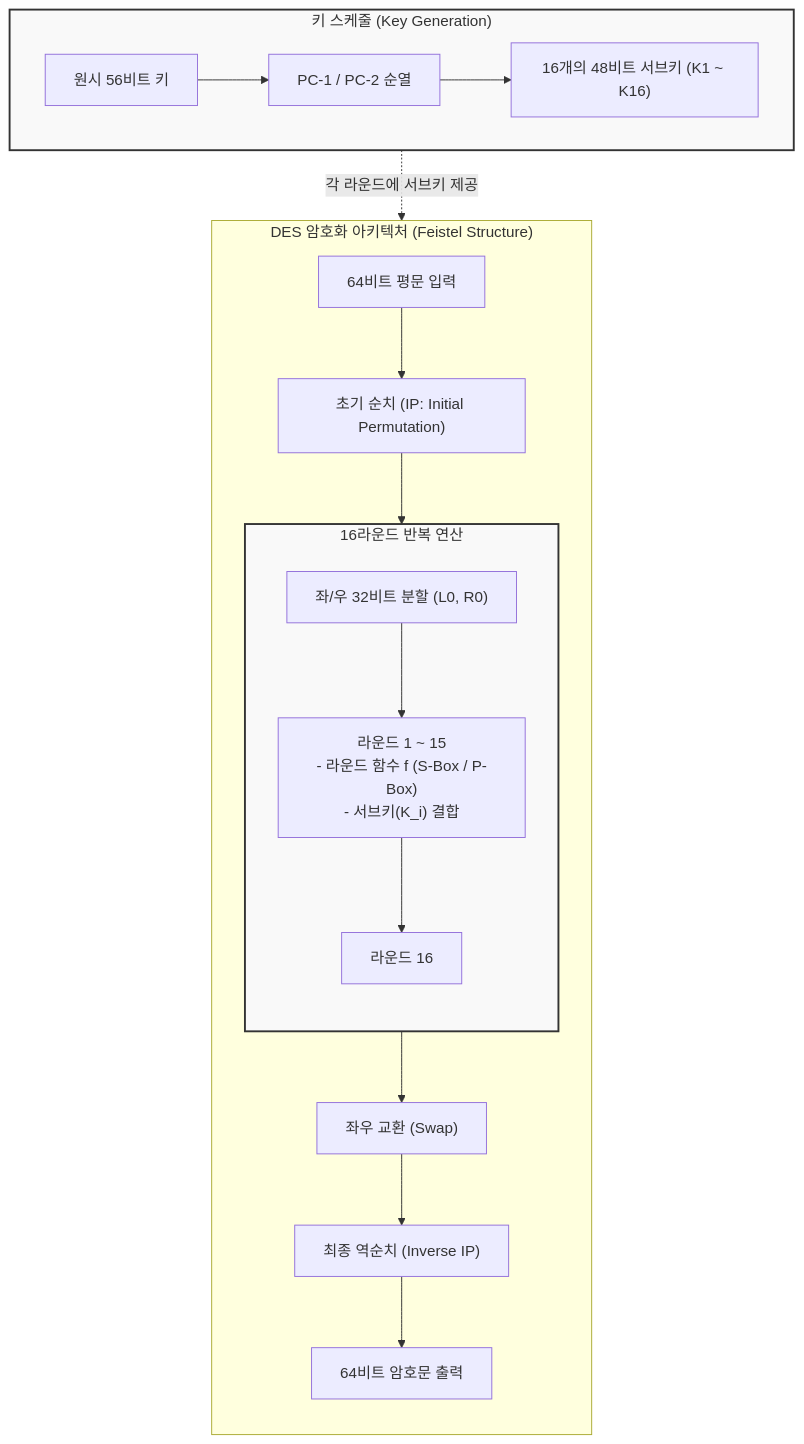
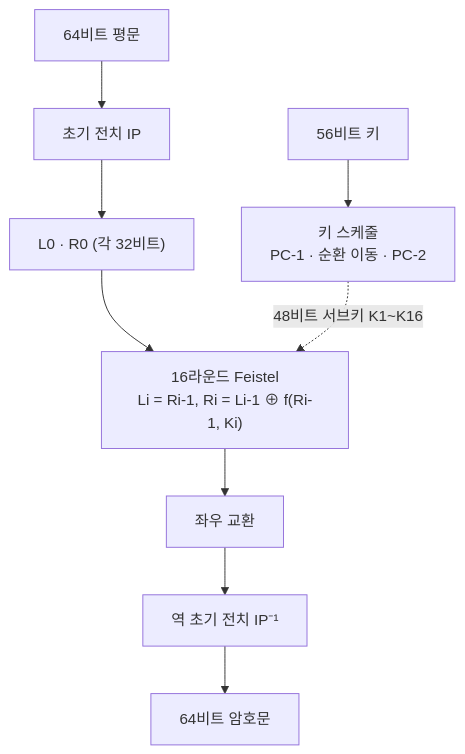
The diagram in content/01_IT Tech/DES.md (supremethumb/supremethumb.github.io), drawn with Mermaid before and after one commit. The commit also changed other lines of this file and 1087 other files, not shown here.

````diff
--- a/content/01_IT Tech/DES.md
+++ b/content/01_IT Tech/DES.md
@@ -31,29 +36,11 @@
 ```mermaid
-flowchart TD
-    subgraph DES_Process ["DES 암호화 아키텍처 (Feistel Structure)"]
-        direction TB
-        Plain["64비트 평문 입력"] --> IP["초기 순치 (IP: Initial Permutation)"]
-        
-        subgraph Feistel_Rounds ["16라운드 반복 연산"]
-            direction TB
-            Split["좌/우 32비트 분할 (L0, R0)"] --> Round1["라운드 1 ~ 15<br/>- 라운드 함수 f (S-Box / P-Box)<br/>- 서브키(K_i) 결합"]
-            Round1 --> Round16["라운드 16"]
-        end
-        
-        IP --> Split
-        Round16 --> Swap["좌우 교환 (Swap)"]
-        Swap --> InvIP["최종 역순치 (Inverse IP)"]
-        InvIP --> Cipher["64비트 암호문 출력"]
-    end
-
-    subgraph Key_Schedule ["키 스케줄 (Key Generation)"]
-        direction LR
-        Key56["원시 56비트 키"] --> Perm["PC-1 / PC-2 순열"] --> SubKeys["16개의 48비트 서브키 (K1 ~ K16)"]
-    end
-
-    Key_Schedule -. "각 라운드에 서브키 제공" .-> Feistel_Rounds
-    
-    classDef major fill:#f9f9f9,stroke:#333,stroke-width:2px;
-    class Feistel_Rounds,Key_Schedule major;
-
+flowchart TB
+    P["64비트 평문"] --> IP["초기 전치 IP"]
+    IP --> SP["L0 · R0 (각 32비트)"]
+    SP --> R["16라운드 Feistel<br/>Li = Ri-1, Ri = Li-1 ⊕ f(Ri-1, Ki)"]
+    R --> SW["좌우 교환"]
+    SW --> FP["역 초기 전치 IP⁻¹"]
+    FP --> C["64비트 암호문"]
+    K["56비트 키"] --> KS["키 스케줄<br/>PC-1 · 순환 이동 · PC-2"]
+    KS -.->|"48비트 서브키 K1~K16"| R
 ```
````
